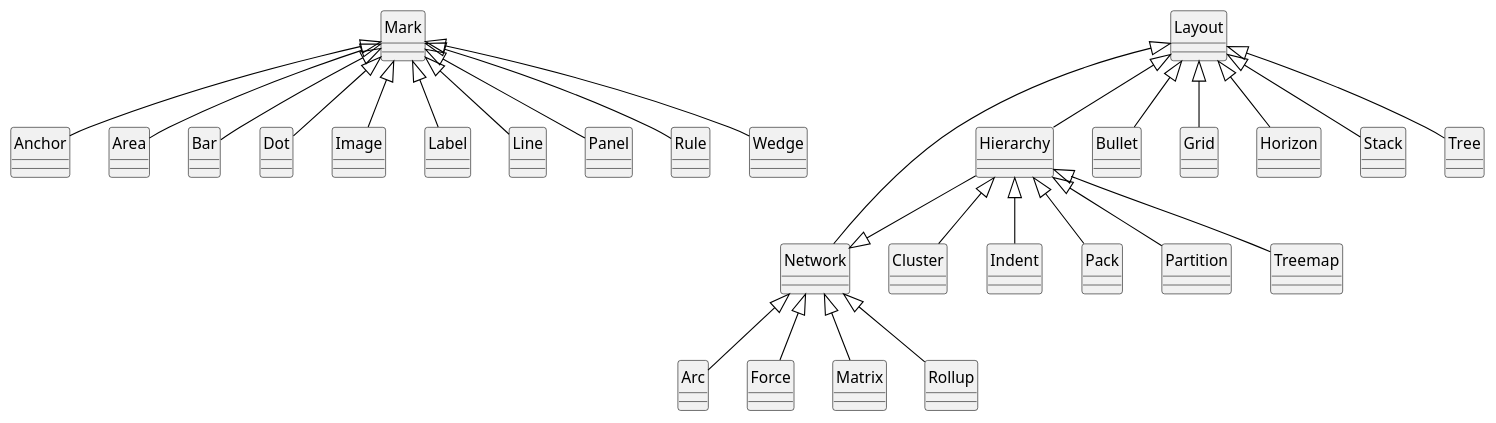
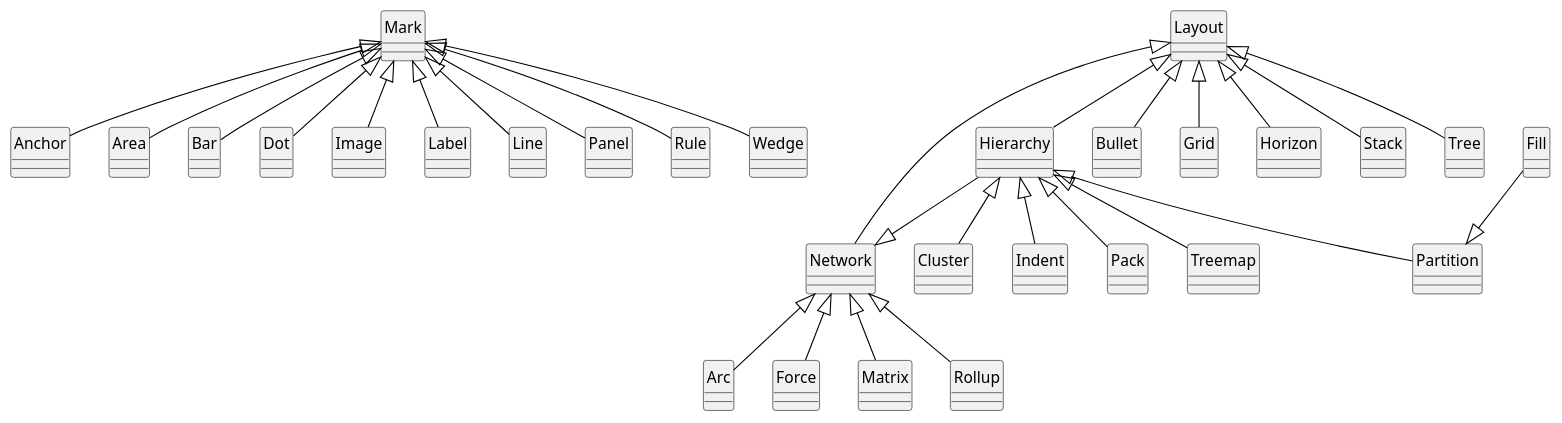
One commit to isleon/protovis changed the diagram in doc/protovis.puml. Above: the diagram before and after it, drawn with PlantUML. The commit also changed 3 other files, not shown here.

```diff
--- a/doc/protovis.puml
+++ b/doc/protovis.puml
@@ -1,42 +1,43 @@
 @startuml
 
 'skinparam monochrome true
 'skinparam classBackgroundColor White
 skinparam classArrowColor Black
 skinparam classBorderColor Black
 skinparam stereotypeCBackgroundColor Gray
 'hide members
 hide circle
 
 class Mark
 Mark <|-- Anchor
 Mark <|-- Area
 Mark <|-- Bar
 Mark <|-- Dot
 Mark <|-- Image
 Mark <|-- Label
 Mark <|-- Line
 Mark <|-- Panel
 Mark <|-- Rule
 Mark <|-- Wedge
 
 class Layout
 Layout <|-- Hierarchy 
 Layout <|-- Network
 Layout <|-- Bullet
 Layout <|-- Grid
 Layout <|-- Horizon
 Layout <|-- Stack
 Layout <|-- Tree
 Hierarchy --|> Network
 Hierarchy <|-- Cluster
 Hierarchy <|-- Indent
 Hierarchy <|-- Pack
 Hierarchy <|-- Partition
 Hierarchy <|-- Treemap
 Network <|-- Arc
 Network <|-- Force
 Network <|-- Matrix
 Network <|-- Rollup
+Fill --|> Partition 
 
 @enduml
```
